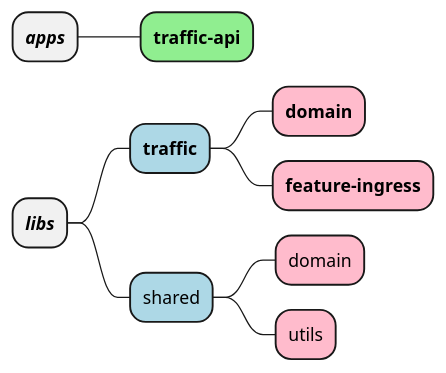
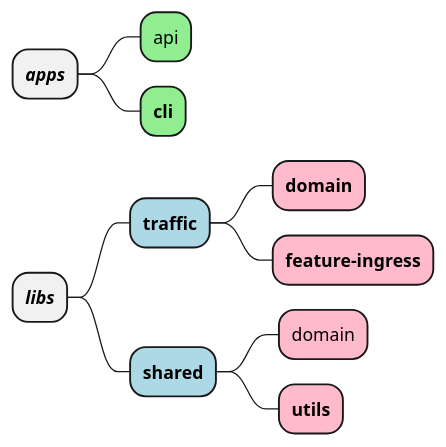
The second of 2 diagrams in README.md (damiankoper/statscore-exercise), drawn with PlantUML before and after one commit. The commit also changed other lines of this file, not shown here.

````diff
--- a/README.md
+++ b/README.md
@@ -16,14 +231,15 @@
 ```plantuml
 @startmindmap
 * <i><b>apps
-**[#lightgreen] <b>traffic-api
+**[#lightgreen] api
+**[#lightgreen] <b>cli
 * <i><b>libs
 **[#lightblue] <b>traffic
 ***[#FFBBCC] <b>domain
 ***[#FFBBCC] <b>feature-ingress
 
-**[#lightblue] shared
+**[#lightblue] <b>shared
 ***[#FFBBCC] domain
-***[#FFBBCC] utils
+***[#FFBBCC] <b>utils
 @endmindmap
 ```
````
